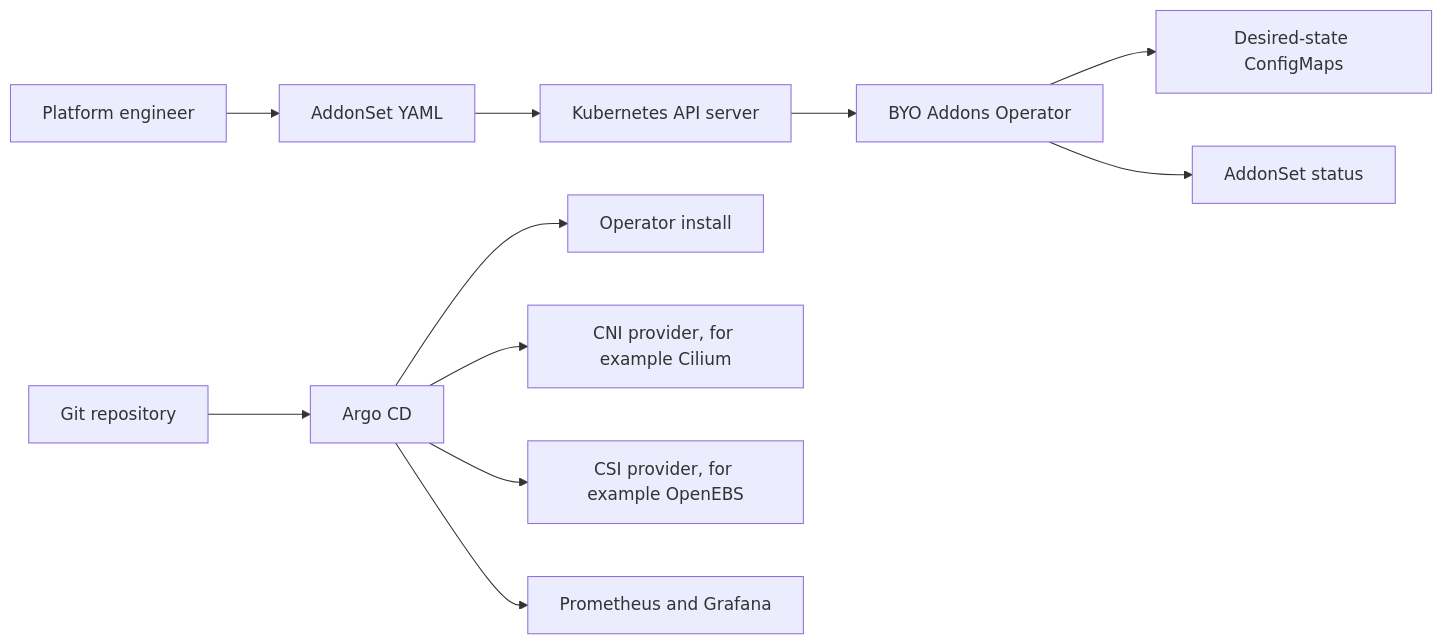
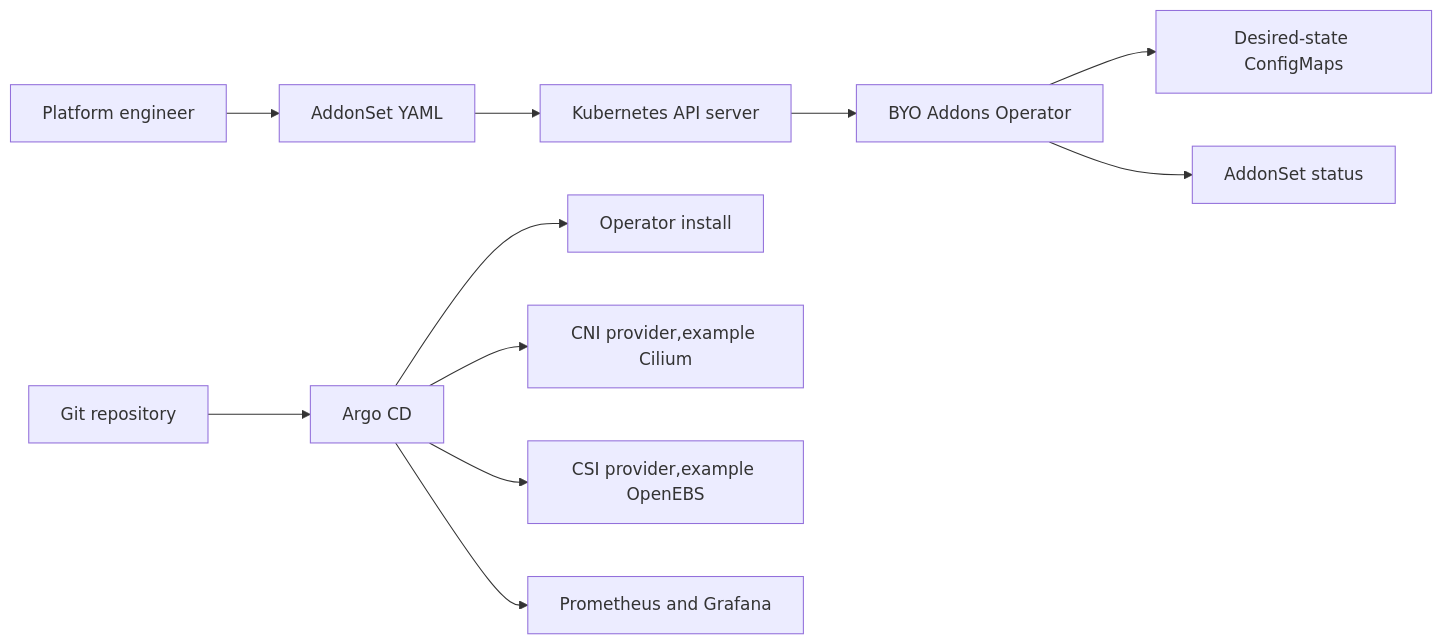
Before and after one commit to CodesbyUnnati/BYO-Addons: the diagram in README.md, drawn with Mermaid.

Commit message:
Fix formatting in CNI and CSI provider descriptions
Removed spaces before 'example' in CNI and CSI provider descriptions.

````diff
--- a/README.md
+++ b/README.md
@@ -82,13 +82,13 @@
 ```mermaid
 flowchart LR
   User["Platform engineer"] --> AddonSet["AddonSet YAML"]
   AddonSet --> API["Kubernetes API server"]
   API --> Operator["BYO Addons Operator"]
   Operator --> ConfigMaps["Desired-state ConfigMaps"]
   Operator --> Status["AddonSet status"]
   Git["Git repository"] --> Argo["Argo CD"]
   Argo --> OperatorInstall["Operator install"]
-  Argo --> CNI["CNI provider, for example Cilium"]
-  Argo --> CSI["CSI provider, for example OpenEBS"]
+  Argo --> CNI["CNI provider,example Cilium"]
+  Argo --> CSI["CSI provider,example OpenEBS"]
   Argo --> Observability["Prometheus and Grafana"]
 ```
````
